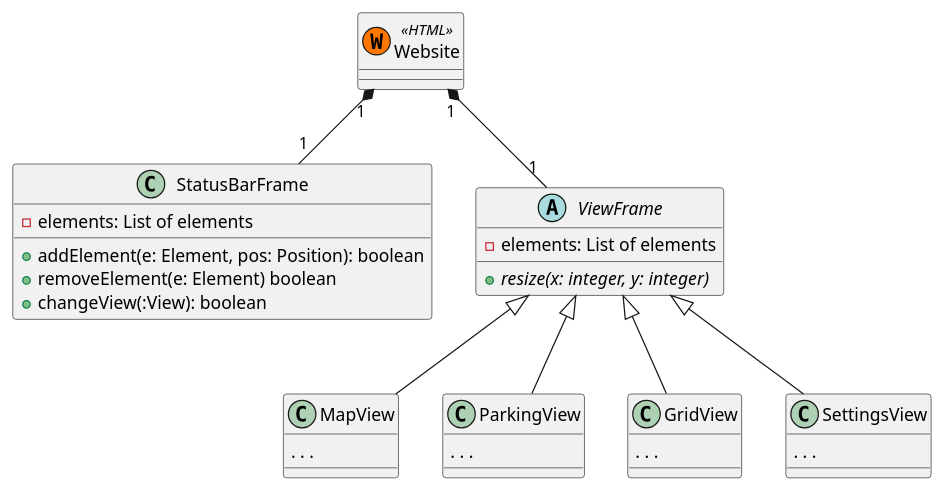
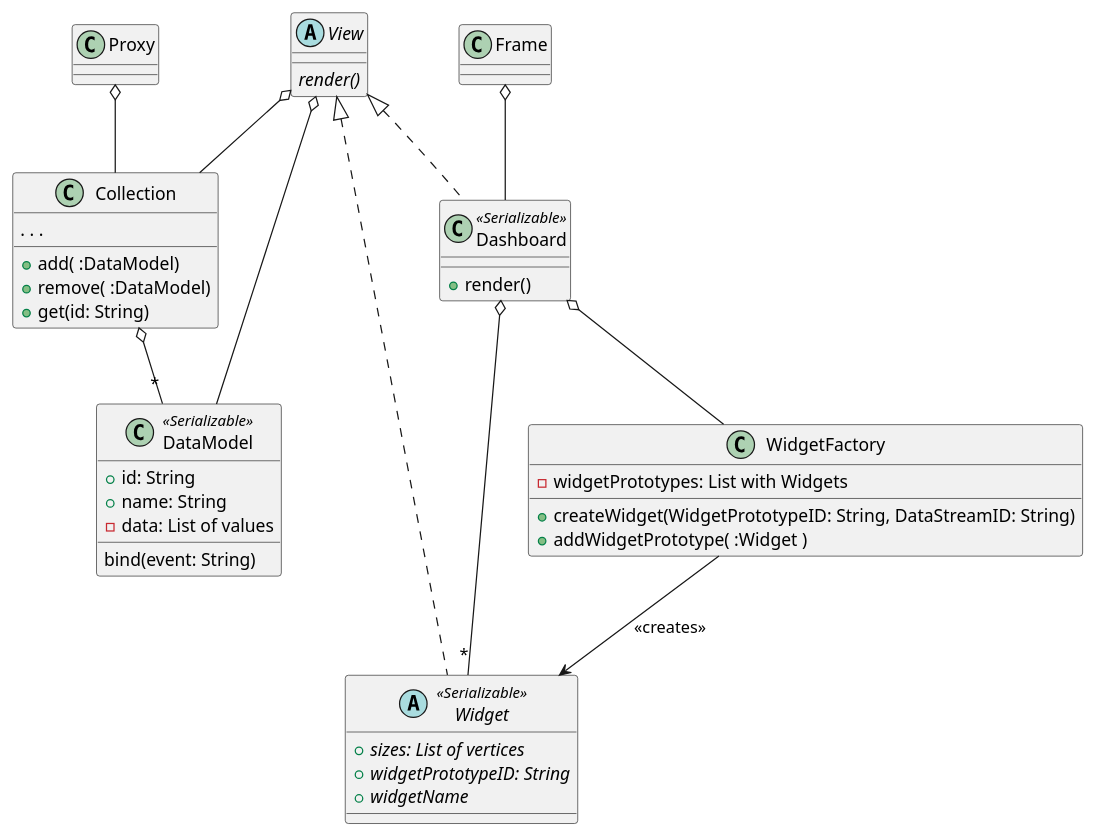
Before and after one commit to uzdry/PSE: the diagram in Entwurf/diagrams/website.pu, drawn with PlantUML.

Commit message:
Changed the whole UserInterface

```diff
--- a/Entwurf/diagrams/website.pu
+++ b/Entwurf/diagrams/website.pu
@@ -1,37 +1,61 @@
 @startuml
 
-class Website <<(W,#FF7700)HTML>>{
+class Proxy{
+	
 }
 
-class StatusBarFrame {
-	-elements: List of elements
-	+addElement(e: Element, pos: Position): boolean
-	+removeElement(e: Element) boolean
-	+changeView(:View): boolean
+class Collection{
+	+add( :DataModel)
+	+remove( :DataModel)
+	+get(id: String)
+	. . . 
 }
 
-abstract class ViewFrame {
-	-elements: List of elements
-	+{abstract} resize(x: integer, y: integer)
+class DataModel <<Serializable>>{
+	+id: String
+	+name: String
+	-data: List of values
+	bind(event: String)
 }
 
-class MapView extends ViewFrame{
-. . .
+abstract class View{
+	{abstract} render()
 }
 
-class ParkingView extends ViewFrame{
-. . .
+class Frame{
+
 }
 
-class GridView extends ViewFrame{
-. . .
+class Dashboard <<Serializable>> implements View {
+	+render()
+	
 }
 
-class SettingsView extends ViewFrame{
-. . .
+
+class WidgetFactory{
+	-widgetPrototypes: List with Widgets
+	+createWidget(WidgetPrototypeID: String, DataStreamID: String)
+	+addWidgetPrototype( :Widget ) 
 }
 
-Website "1"*--"1" StatusBarFrame
-Website "1"*--"1" ViewFrame
+abstract class Widget <<Serializable>> implements View{
+	{abstract} +sizes: List of vertices
+	{abstract} +widgetPrototypeID: String
+	{abstract} +widgetName
+}
+
+
+
+Dashboard o-- WidgetFactory
+WidgetFactory --> Widget: <<creates>>
+
+
+Collection o-- "*" DataModel
+Dashboard o-- "*" Widget
+View o-- DataModel
+View o-- Collection
+Proxy o-- Collection
+
+Frame o-- Dashboard
 
 @enduml
```
